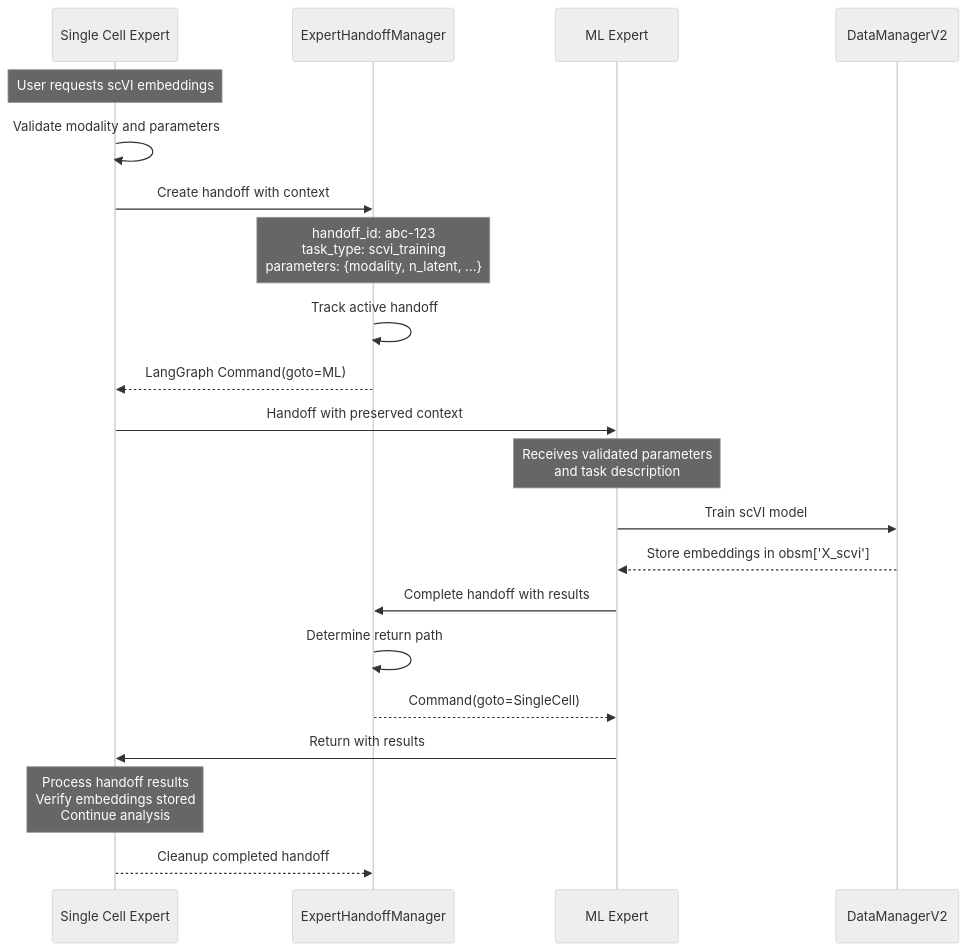
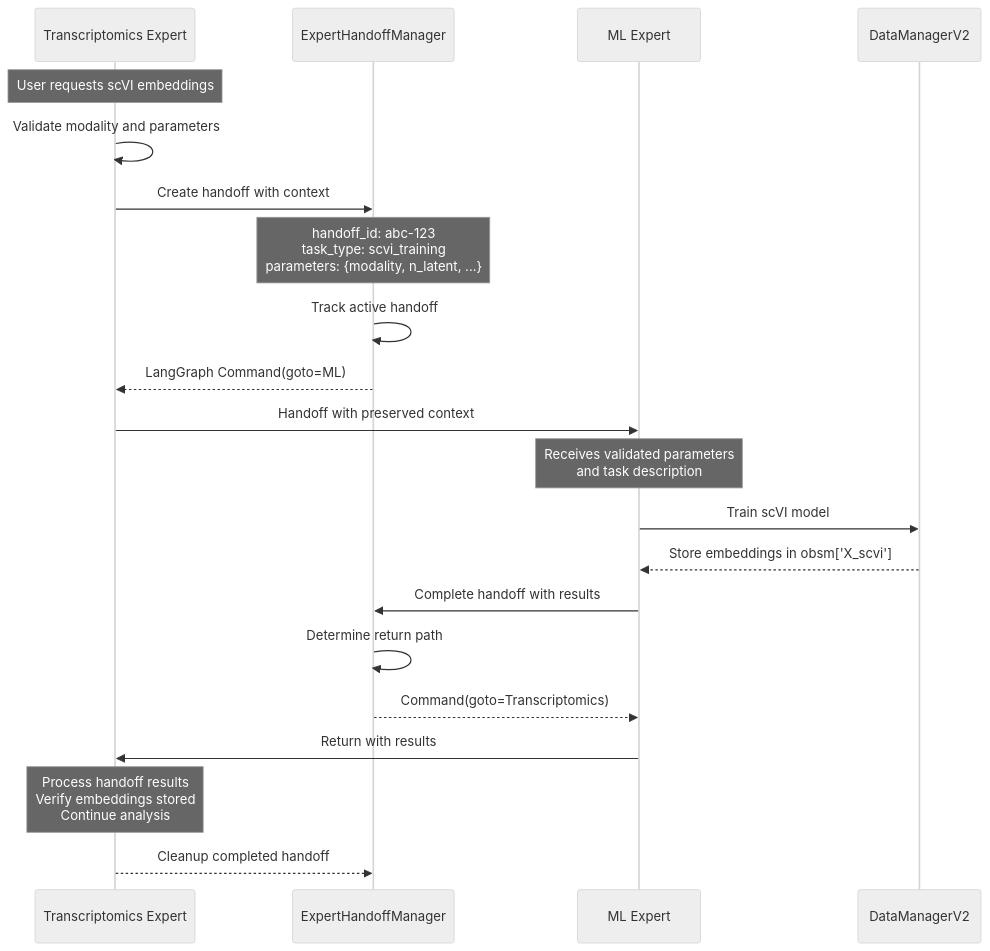
The sixth of 6 diagrams in wiki/19-agent-system.md (the-omics-os/lobster), drawn with Mermaid (neutral theme) before and after one commit. The commit also changed other lines of this file and 10 other files, not shown here.

````diff
--- a/wiki/19-agent-system.md
+++ b/wiki/19-agent-system.md
@@ -369,30 +359,30 @@
 ```mermaid
 sequenceDiagram
-    participant SC as Single Cell Expert
+    participant TE as Transcriptomics Expert
     participant EHM as ExpertHandoffManager
     participant ML as ML Expert
     participant DM as DataManagerV2
 
-    Note over SC: User requests scVI embeddings
-    SC->>SC: Validate modality and parameters
-    SC->>EHM: Create handoff with context
+    Note over TE: User requests scVI embeddings
+    TE->>TE: Validate modality and parameters
+    TE->>EHM: Create handoff with context
     Note over EHM: handoff_id: abc-123<br/>task_type: scvi_training<br/>parameters: {modality, n_latent, ...}
 
     EHM->>EHM: Track active handoff
-    EHM-->>SC: LangGraph Command(goto=ML)
+    EHM-->>TE: LangGraph Command(goto=ML)
 
-    SC->>ML: Handoff with preserved context
+    TE->>ML: Handoff with preserved context
     Note over ML: Receives validated parameters<br/>and task description
 
     ML->>DM: Train scVI model
     DM-->>ML: Store embeddings in obsm['X_scvi']
     ML->>EHM: Complete handoff with results
 
     EHM->>EHM: Determine return path
-    EHM-->>ML: Command(goto=SingleCell)
+    EHM-->>ML: Command(goto=Transcriptomics)
 
-    ML->>SC: Return with results
-    Note over SC: Process handoff results<br/>Verify embeddings stored<br/>Continue analysis
+    ML->>TE: Return with results
+    Note over TE: Process handoff results<br/>Verify embeddings stored<br/>Continue analysis
 
-    SC-->>EHM: Cleanup completed handoff
+    TE-->>EHM: Cleanup completed handoff
 ```
````
